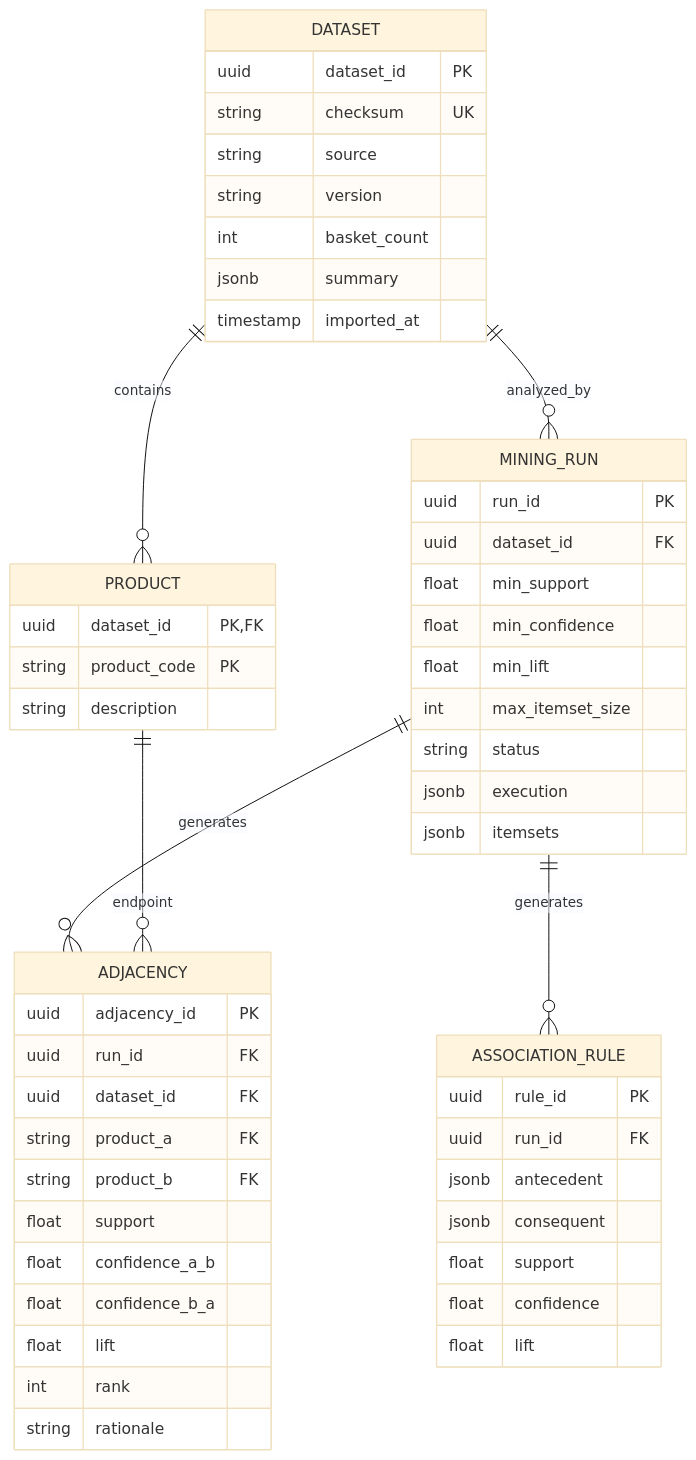
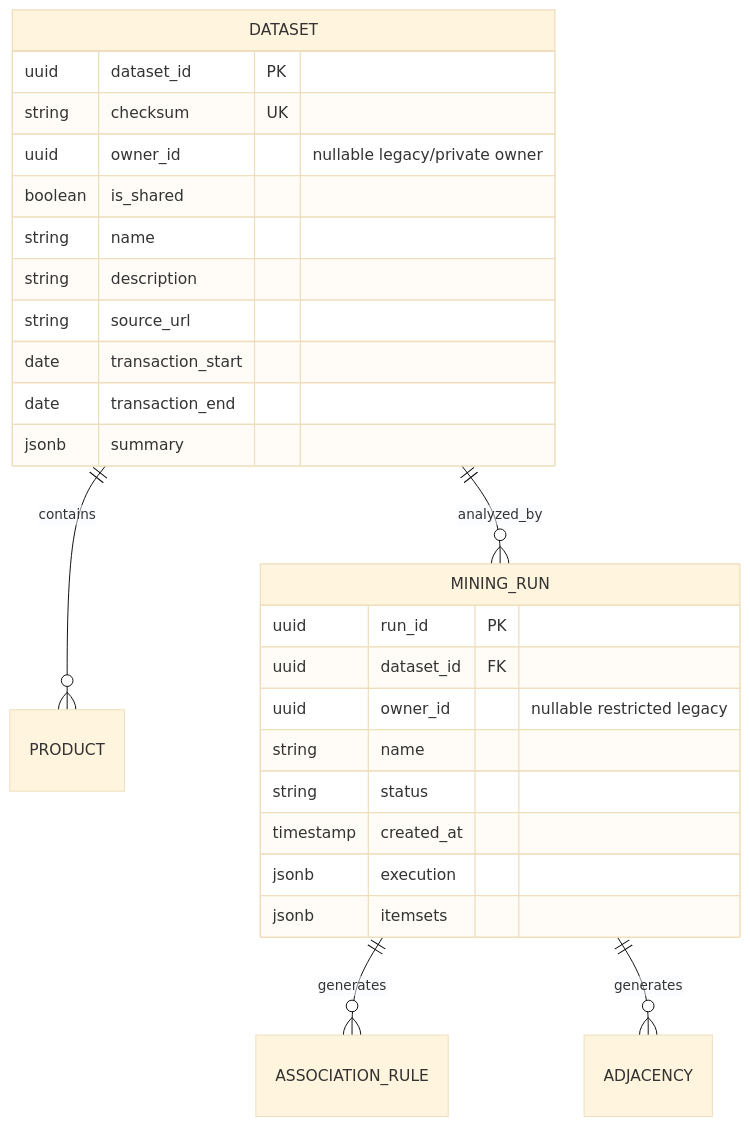
The second of 2 diagrams in docs/architecture.md (sanket-jadhav-cse/RETAIL-STORE-LAYOUT-OPTIMIZER), drawn with Mermaid (base theme) before and after one commit. The commit also changed other lines of this file and 62 other files, not shown here.

````diff
--- a/docs/architecture.md
+++ b/docs/architecture.md
@@ -38,55 +37,29 @@
 ```mermaid
 erDiagram
- DATASET ||--o{ PRODUCT : contains
- DATASET ||--o{ MINING_RUN : analyzed_by
- MINING_RUN ||--o{ ASSOCIATION_RULE : generates
- MINING_RUN ||--o{ ADJACENCY : generates
- PRODUCT ||--o{ ADJACENCY : endpoint
- DATASET {
- uuid dataset_id PK
- string checksum UK
- string source
- string version
- int basket_count
- jsonb summary
- timestamp imported_at
- }
- PRODUCT {
- uuid dataset_id PK,FK
- string product_code PK
- string description
- }
- MINING_RUN {
- uuid run_id PK
- uuid dataset_id FK
- float min_support
- float min_confidence
- float min_lift
- int max_itemset_size
- string status
- jsonb execution
- jsonb itemsets
- }
- ASSOCIATION_RULE {
- uuid rule_id PK
- uuid run_id FK
- jsonb antecedent
- jsonb consequent
- float support
- float confidence
- float lift
- }
- ADJACENCY {
- uuid adjacency_id PK
- uuid run_id FK
- uuid dataset_id FK
- string product_a FK
- string product_b FK
- float support
- float confidence_a_b
- float confidence_b_a
- float lift
- int rank
- string rationale
- }
+  DATASET ||--o{ PRODUCT : contains
+  DATASET ||--o{ MINING_RUN : analyzed_by
+  MINING_RUN ||--o{ ASSOCIATION_RULE : generates
+  MINING_RUN ||--o{ ADJACENCY : generates
+  DATASET {
+    uuid dataset_id PK
+    string checksum UK
+    uuid owner_id "nullable legacy/private owner"
+    boolean is_shared
+    string name
+    string description
+    string source_url
+    date transaction_start
+    date transaction_end
+    jsonb summary
+  }
+  MINING_RUN {
+    uuid run_id PK
+    uuid dataset_id FK
+    uuid owner_id "nullable restricted legacy"
+    string name
+    string status
+    timestamp created_at
+    jsonb execution
+    jsonb itemsets
+  }
 ```
````
